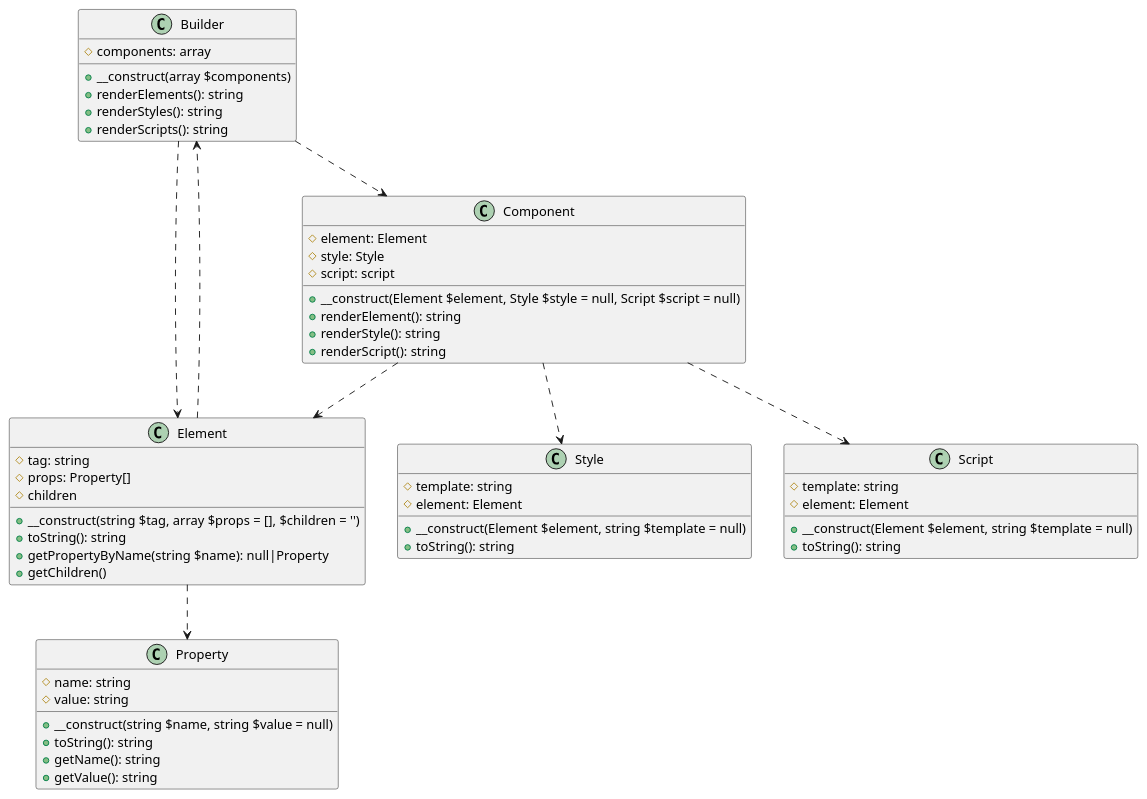
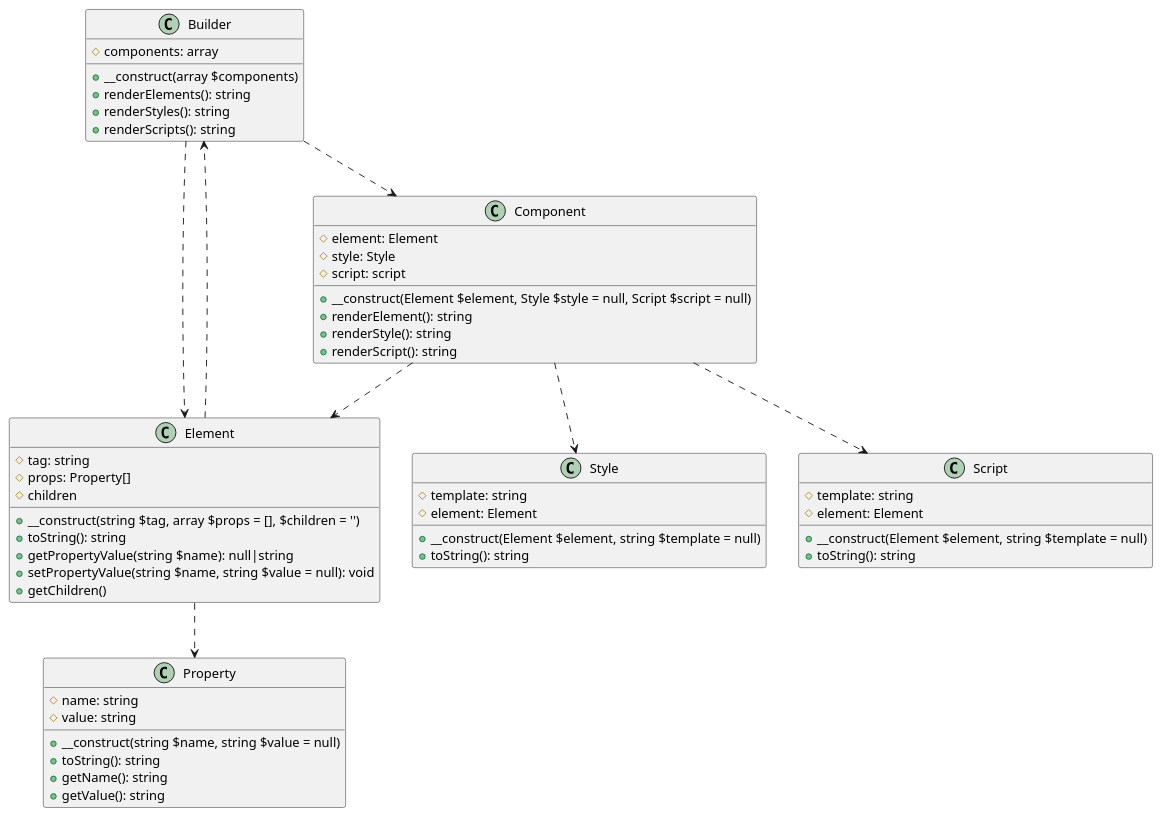
The diagram in docs/architecture.md (LSVH/ssr-components), drawn with PlantUML before and after one commit. The commit also changed 25 other files, not shown here.

````diff
--- a/docs/architecture.md
+++ b/docs/architecture.md
@@ -21,62 +21,63 @@
 ```plantuml:main-class-diagram
 class Builder {
     # components: array
     + __construct(array $components)
     + renderElements(): string
     + renderStyles(): string
     + renderScripts(): string
 }
 
 class Component {
     # element: Element
     # style: Style
     # script: script
     + __construct(Element $element, Style $style = null, Script $script = null)
     + renderElement(): string
     + renderStyle(): string
     + renderScript(): string
 }
 
 class Element {
     # tag: string
     # props: Property[]
     # children
     + __construct(string $tag, array $props = [], $children = '')
     + toString(): string
-    + getPropertyByName(string $name): null|Property
+    + getPropertyValue(string $name): null|string
+    + setPropertyValue(string $name, string $value = null): void
     + getChildren()
 }
 
 class Property {
     # name: string
     # value: string
     + __construct(string $name, string $value = null)
     + toString(): string
     + getName(): string
     + getValue(): string
 }
 
 class Style {
     # template: string
     # element: Element
     + __construct(Element $element, string $template = null)
     + toString(): string
 }
 
 class Script {
     # template: string
     # element: Element
     + __construct(Element $element, string $template = null)
     + toString(): string
 }
 
 Builder ..> Component
 Builder ..> Element
 Component ..> Element
 Component ..> Style
 Component ..> Script
 Element ..> Property
 Element ..> Builder
 
 @enduml
 ```
````
